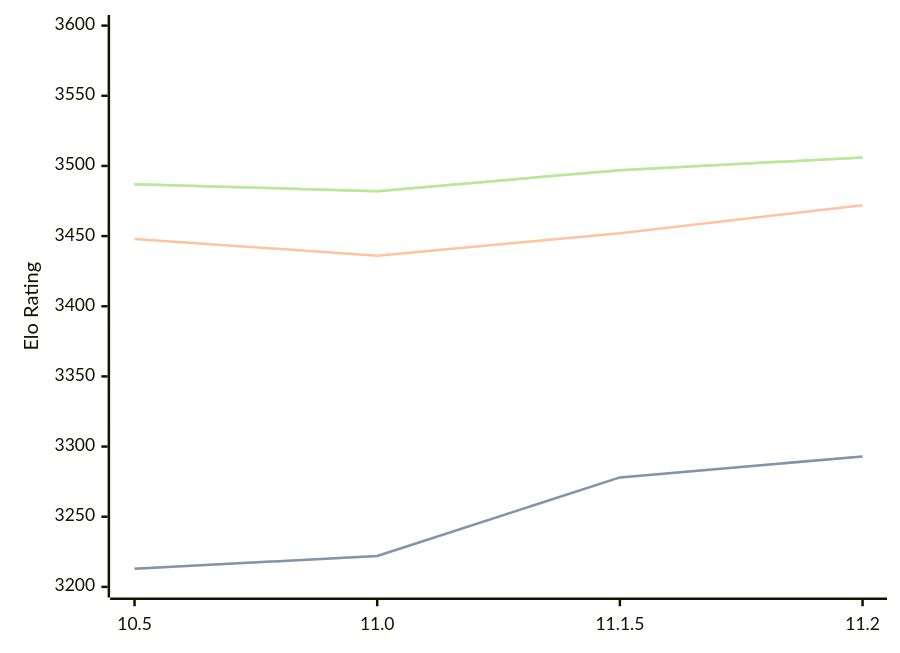
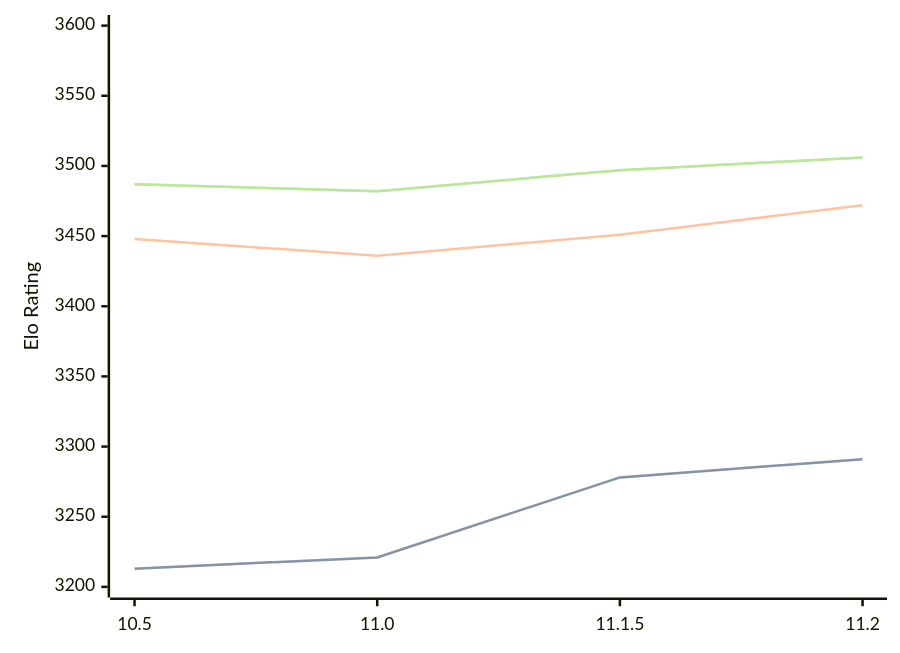
The diagram in engines/Lizard.md (computer-chess-index/cci), drawn with Mermaid before and after one commit. The commit also changed other lines of this file, not shown here.

````diff
--- a/engines/Lizard.md
+++ b/engines/Lizard.md
@@ -46,11 +46,11 @@
 ```mermaid
 %%{init: {"theme":"base","themeVariables":{"seriesColors:['#a3a3a3','#222221','#faa371']}}}%%
 xychart-beta
   x-axis ["10.5", "11.0", "11.1.5", "11.2"]
   y-axis "Elo Rating" 3200 --> 3600
-  line "STC (8.0+0.08s)" [3213, 3222, 3278, 3293]
-  line "STC (8.0+0.08s)" [3213, 3222, 3278, 3293]
-  line "LTC (60.0+0.60s)" [3448, 3436, 3452, 3472]
+  line "STC (8.0+0.08s)" [3213, 3221, 3278, 3291]
+  line "STC (8.0+0.08s)" [3213, 3221, 3278, 3291]
+  line "LTC (60.0+0.60s)" [3448, 3436, 3451, 3472]
   line "VLTC (2m24s+1.12s)" [3487, 3482, 3497, 3506]
   line "VLTC (2m24s+1.12s)" [3487, 3482, 3497, 3506]
 ```
````
